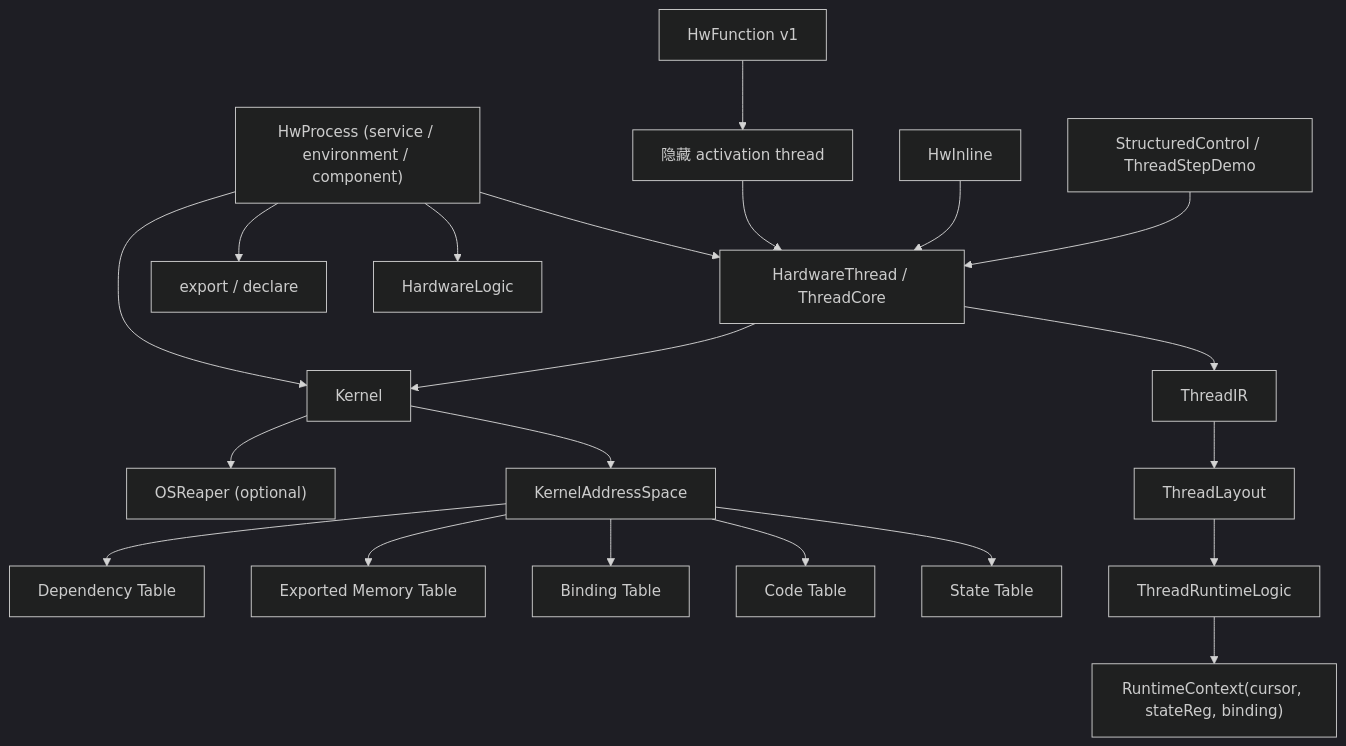
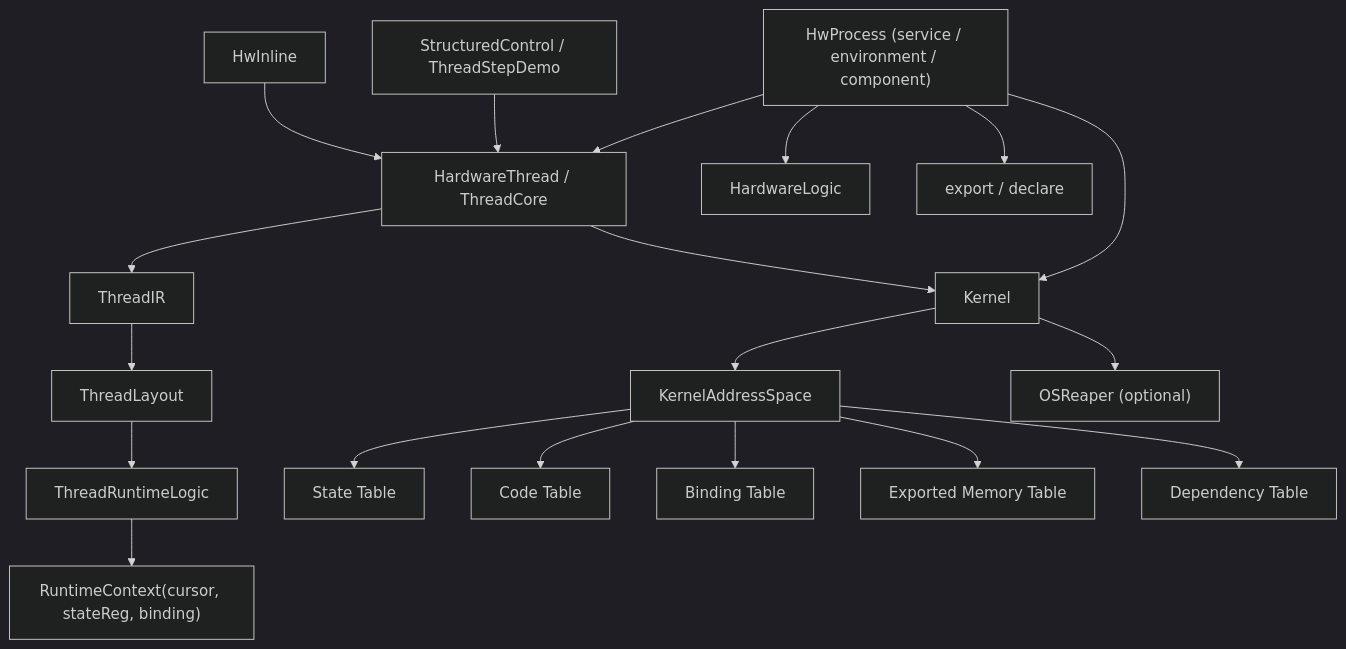
One commit to NullStarfish/HwOS changed the diagram in docs/architecture.md. Above: the diagram before and after it, drawn with Mermaid (dark theme). The commit also changed other lines of this file and 10 other files, not shown here.

````diff
--- a/docs/architecture.md
+++ b/docs/architecture.md
@@ -40,23 +40,21 @@
 ```mermaid
 graph TD
   P["HwProcess (service / environment / component)"] --> T["HardwareThread / ThreadCore"]
   P --> L["HardwareLogic"]
   P --> X["export / declare"]
   T --> IR["ThreadIR"]
   IR --> LO["ThreadLayout"]
   LO --> RT["ThreadRuntimeLogic"]
   RT --> RC["RuntimeContext(cursor, stateReg, binding)"]
   T --> K["Kernel"]
   P --> K
   K --> AS["KernelAddressSpace"]
   AS --> ST["State Table"]
   AS --> CT["Code Table"]
   AS --> BT["Binding Table"]
   AS --> ET["Exported Memory Table"]
   AS --> DT["Dependency Table"]
   K --> R["OSReaper (optional)"]
-  F["HwFunction v1"] --> AT["隐藏 activation thread"]
-  AT --> T
   I["HwInline"] --> T
   C["StructuredControl / ThreadStepDemo"] --> T
 ```
````
